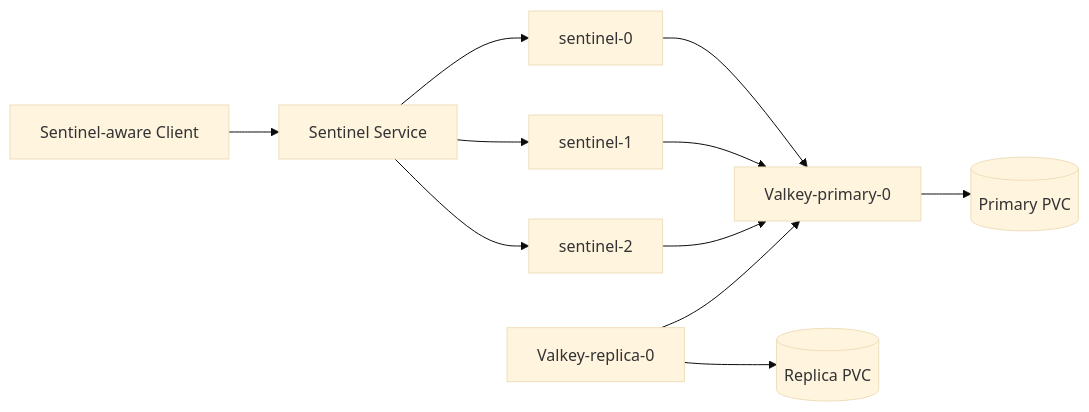
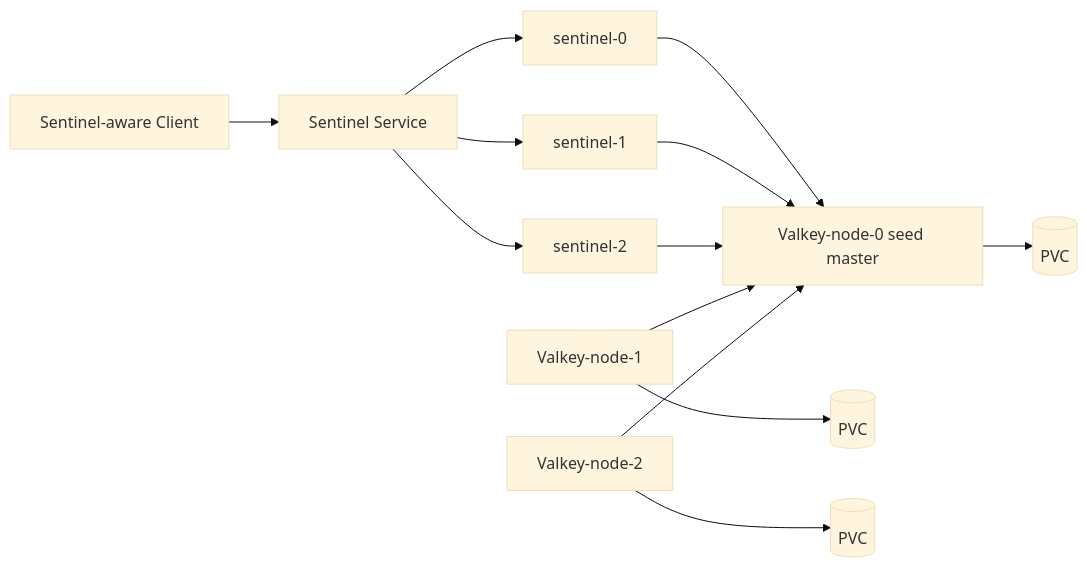
The third of 4 diagrams in charts/valkey/DESIGN.md (helmforgedev/charts), drawn with Mermaid (base theme) before and after one commit. The commit also changed other lines of this file and 22 other files, not shown here.

First line of the commit message:
fix(valkey): sentinel role neutral nodes (#589)

````diff
--- a/charts/valkey/DESIGN.md
+++ b/charts/valkey/DESIGN.md
@@ -81,13 +81,15 @@
 ```mermaid
 flowchart LR
   Client[Sentinel-aware Client] --> SentinelSvc[Sentinel Service]
   SentinelSvc --> Sentinel0[sentinel-0]
   SentinelSvc --> Sentinel1[sentinel-1]
   SentinelSvc --> Sentinel2[sentinel-2]
-  Sentinel0 --> Primary[Valkey-primary-0]
-  Sentinel1 --> Primary
-  Sentinel2 --> Primary
-  Replica[Valkey-replica-0] --> Primary
-  Primary --> PrimaryPVC[(Primary PVC)]
-  Replica --> ReplicaPVC[(Replica PVC)]
+  Sentinel0 --> Node0[Valkey-node-0 seed master]
+  Sentinel1 --> Node0
+  Sentinel2 --> Node0
+  Node1[Valkey-node-1] --> Node0
+  Node2[Valkey-node-2] --> Node0
+  Node0 --> PVC0[(PVC)]
+  Node1 --> PVC1[(PVC)]
+  Node2 --> PVC2[(PVC)]
 ```
````
